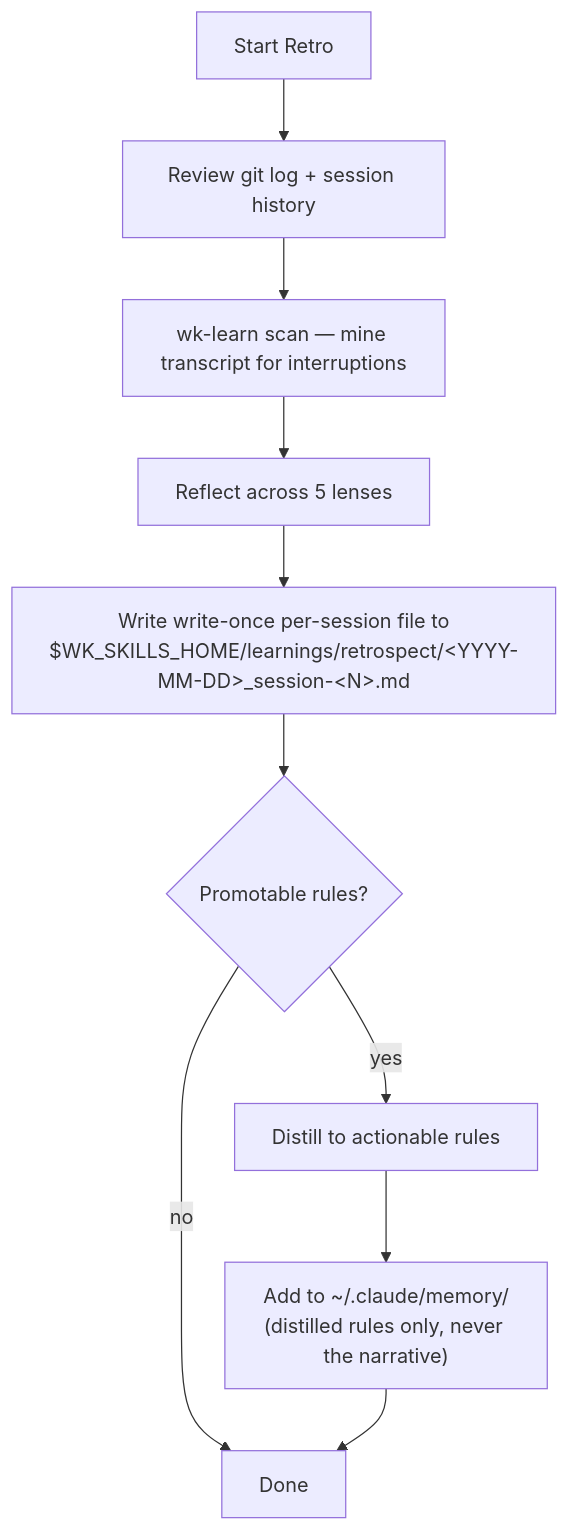
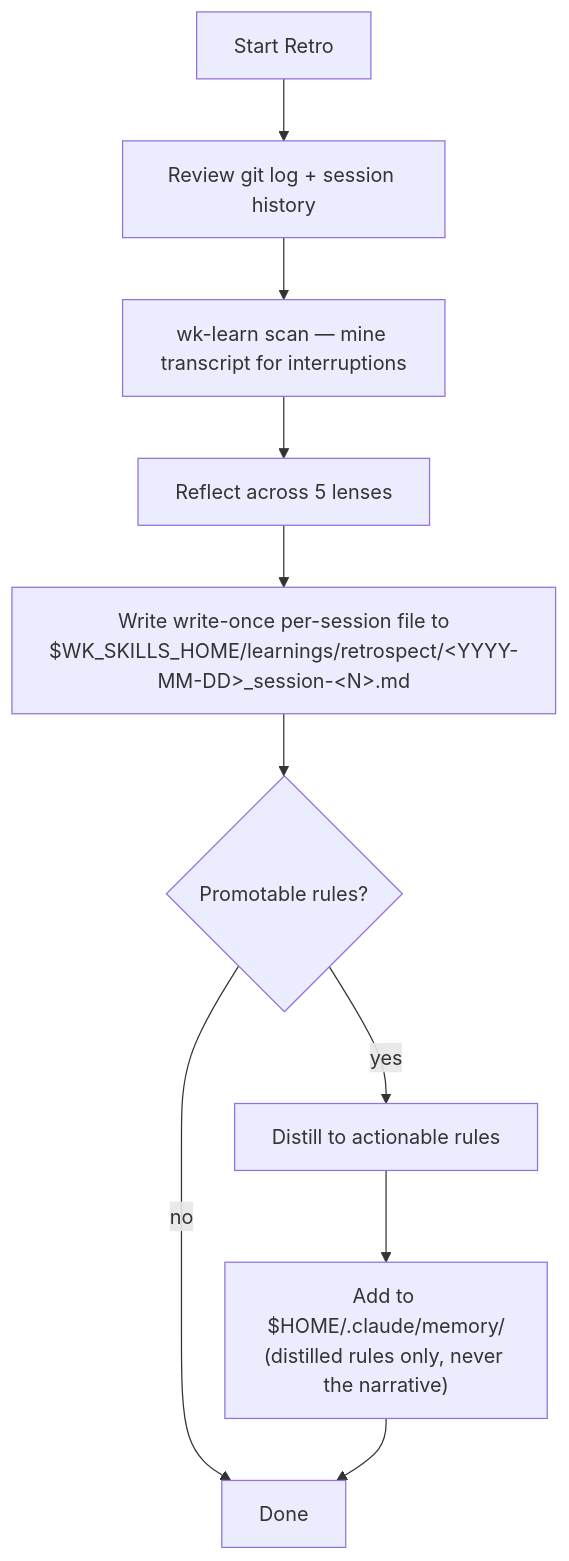
One commit to whizzzkid/skills changed the diagram in skills/retro/README.md. Above: the diagram before and after it, drawn with Mermaid. The commit also changed other lines of this file and 161 other files, not shown here.

````diff
--- a/skills/retro/README.md
+++ b/skills/retro/README.md
@@ -16,13 +16,13 @@
 ```mermaid
 flowchart TD
     A[Start Retro] --> B[Review git log + session history]
     B --> C[wk-learn scan — mine transcript for interruptions]
     C --> D[Reflect across 5 lenses]
     D --> E["Write write-once per-session file to<br/>$WK_SKILLS_HOME/learnings/retrospect/&lt;YYYY-MM-DD&gt;_session-&lt;N&gt;.md"]
     E --> F{Promotable rules?}
     F -->|yes| G[Distill to actionable rules]
-    G --> H["Add to ~/.claude/memory/<br/>(distilled rules only, never the narrative)"]
+    G --> H["Add to $HOME/.claude/memory/<br/>(distilled rules only, never the narrative)"]
     F -->|no| I[Done]
     H --> I
     click C href "../learn/README.md" _blank
 ```
````
